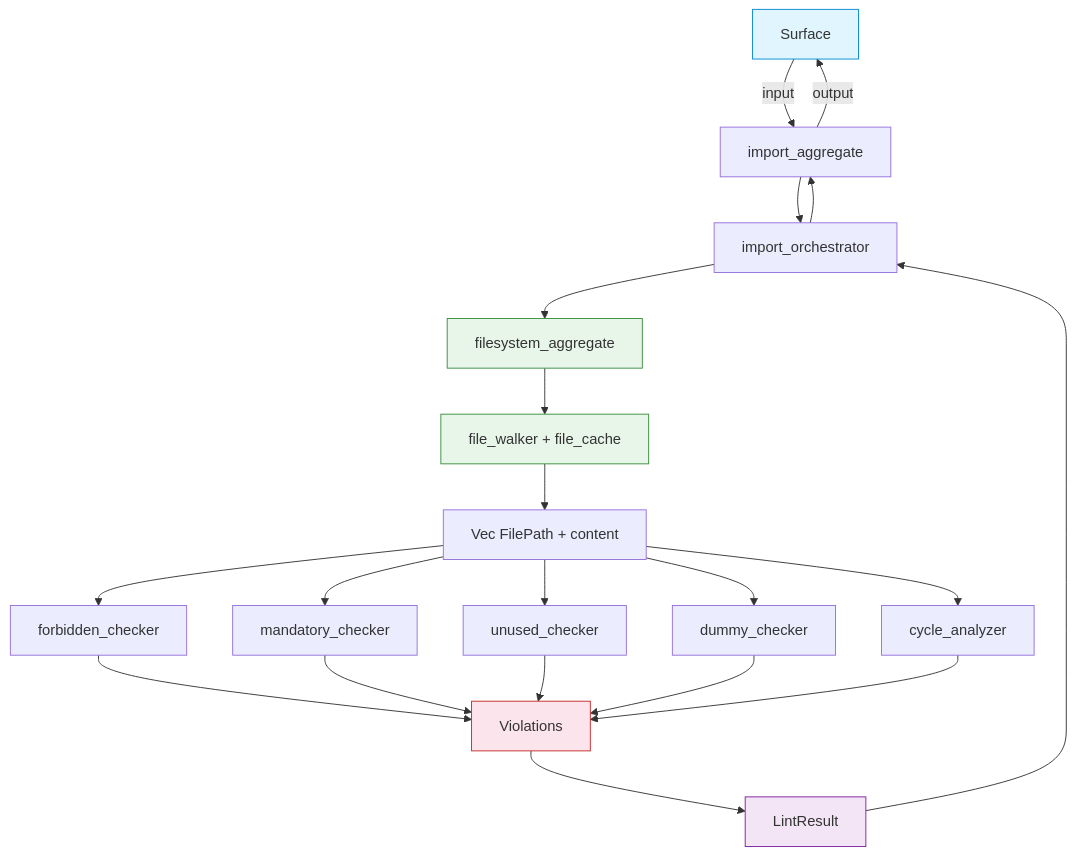
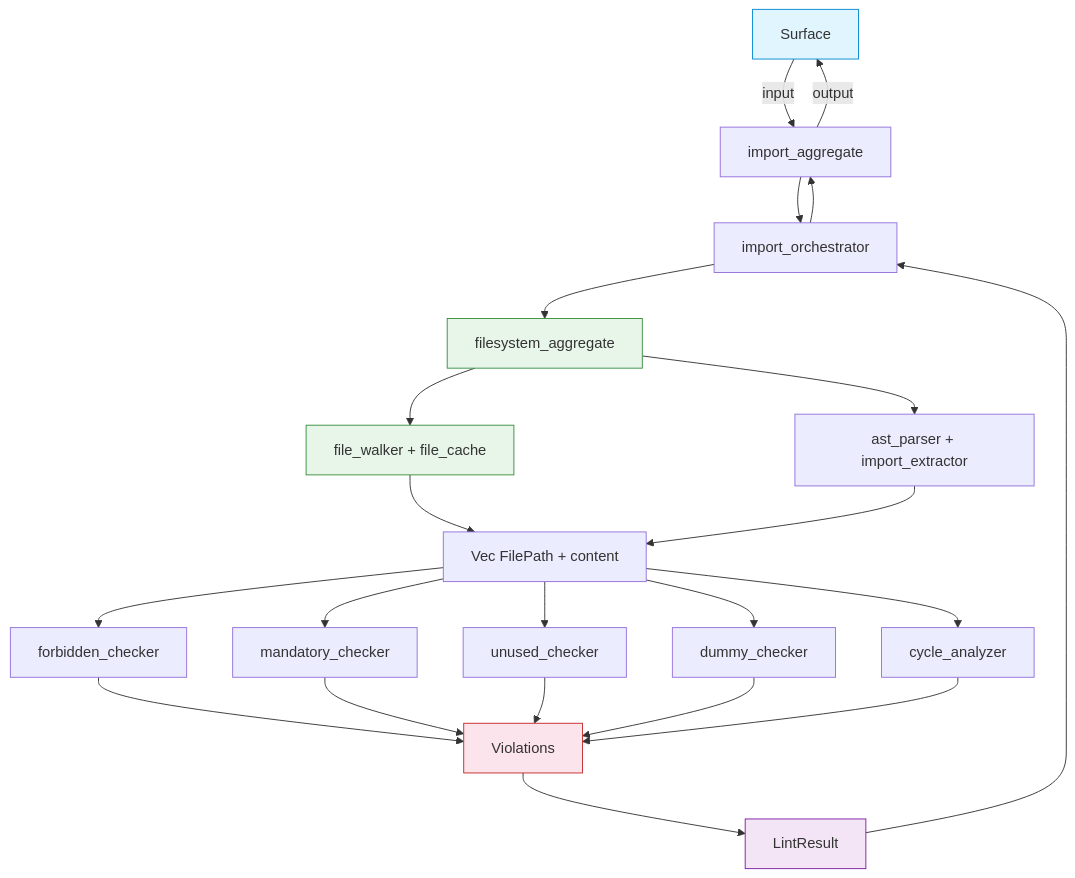
The diagram in crates/import-rules/FRD.md (rakaarwaky/lint-arwaky), drawn with Mermaid before and after one commit. The commit also changed 1 other file, not shown here.

Commit message:
docs: update FRDs to target architecture (centralized parsing)
import-rules target: file_walker + file_cache + ast_parser + import_extractor
orphan-detector target: all 5 capabilities (file_walker + file_cache + ast_parser + import_extractor + dependency_graph)

PRD describes what SHOULD exist, not what currently exists.
Rule crates will migrate to use centralized filesystem capabilities.

````diff
--- a/crates/import-rules/FRD.md
+++ b/crates/import-rules/FRD.md
@@ -9,28 +9,30 @@
 ```mermaid
 flowchart TD
     A["Surface"] -->|input| B["import_aggregate"]
     B --> C["import_orchestrator"]
     C --> D["filesystem_aggregate"]
     D --> E["file_walker + file_cache"]
+    D --> F["ast_parser + import_extractor"]
     E --> G["Vec FilePath + content"]
+    F --> G
     G --> H1["forbidden_checker"]
     G --> H2["mandatory_checker"]
     G --> H3["unused_checker"]
     G --> H4["dummy_checker"]
     G --> H5["cycle_analyzer"]
     H1 --> I["Violations"]
     H2 --> I
     H3 --> I
     H4 --> I
     H5 --> I
     I --> J["LintResult"]
     J --> C
     C --> B
     B -->|output| A
 
     style A fill:#e1f5fe,stroke:#0288d1
     style D fill:#e8f5e9,stroke:#388e3c
     style E fill:#e8f5e9,stroke:#388e3c
     style I fill:#fce4ec,stroke:#c62828
     style J fill:#f3e5f5,stroke:#7b1fa2
 ```
````
